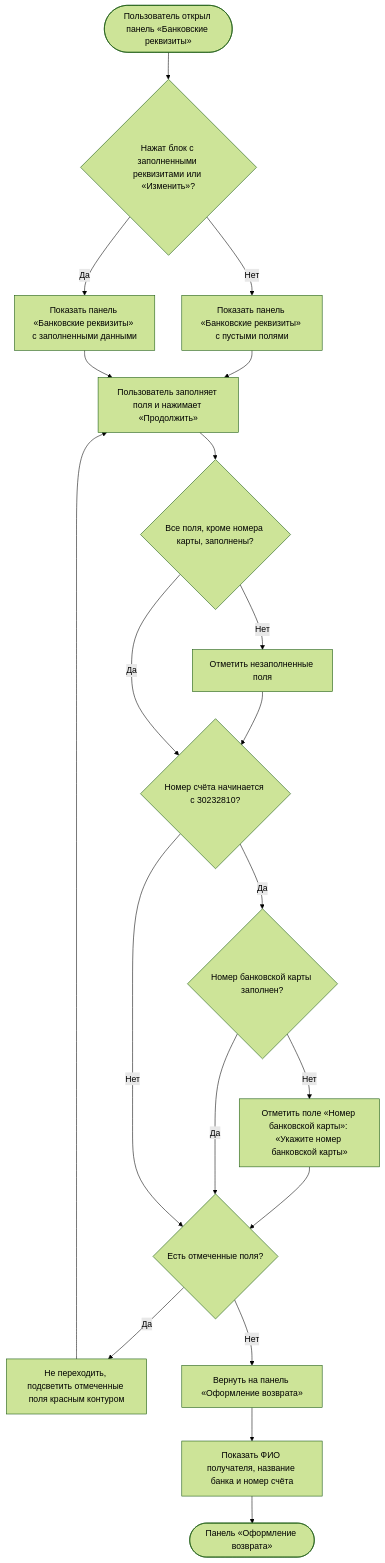
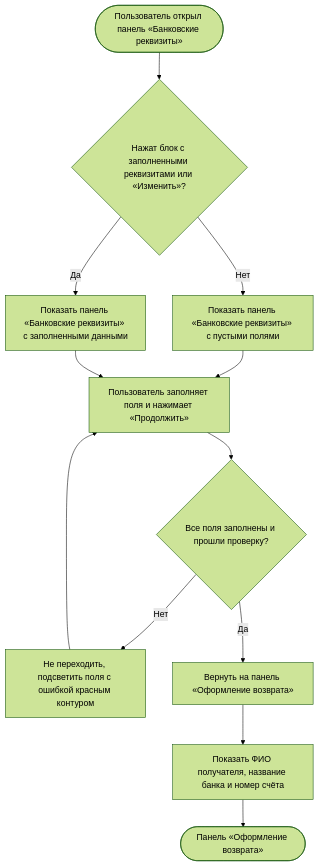
Before and after one commit to Terinss155/opencode-agents-analysis: diagram 16 of 26 in projects/returns-2.0/requirements/srs/srs-web-mvp.md, drawn with Mermaid (forest theme). The commit also changed other lines of this file and 33 other files, not shown here.

````diff
--- a/projects/returns-2.0/requirements/srs/srs-web-mvp.md
+++ b/projects/returns-2.0/requirements/srs/srs-web-mvp.md
@@ -999,22 +1011,14 @@
 ```mermaid
 flowchart TD
     S([Пользователь открыл панель «Банковские реквизиты»]) --> E{"Нажат блок с заполненными реквизитами или «Изменить»?"}
     E -->|Нет| E1["Показать панель «Банковские реквизиты» с пустыми полями"]
     E -->|Да| E2["Показать панель «Банковские реквизиты» с заполненными данными"]
     E1 --> F["Пользователь заполняет поля и нажимает «Продолжить»"]
     E2 --> F
-    F --> V{"Все поля, кроме номера карты, заполнены?"}
-    V -->|Нет| V1["Отметить незаполненные поля"]
-    V1 --> G
-    V -->|Да| G{"Номер счёта начинается с 30232810?"}
-    G -->|Да| G1{"Номер банковской карты заполнен?"}
-    G1 -->|Нет| G2["Отметить поле «Номер банковской карты»: «Укажите номер банковской карты»"]
-    G2 --> X
-    G1 -->|Да| X
-    G -->|Нет| X{"Есть отмеченные поля?"}
-    X -->|Да| X1["Не переходить, подсветить отмеченные поля красным контуром"]
+    F --> V{"Все поля заполнены и прошли проверку?"}
+    V -->|Нет| X1["Не переходить, подсветить поля с ошибкой красным контуром"]
     X1 --> F
-    X -->|Нет| H["Вернуть на панель «Оформление возврата»"]
+    V -->|Да| H["Вернуть на панель «Оформление возврата»"]
     H --> H1["Показать ФИО получателя, название банка и номер счёта"]
     H1 --> Z([Панель «Оформление возврата»])
 ```
````
